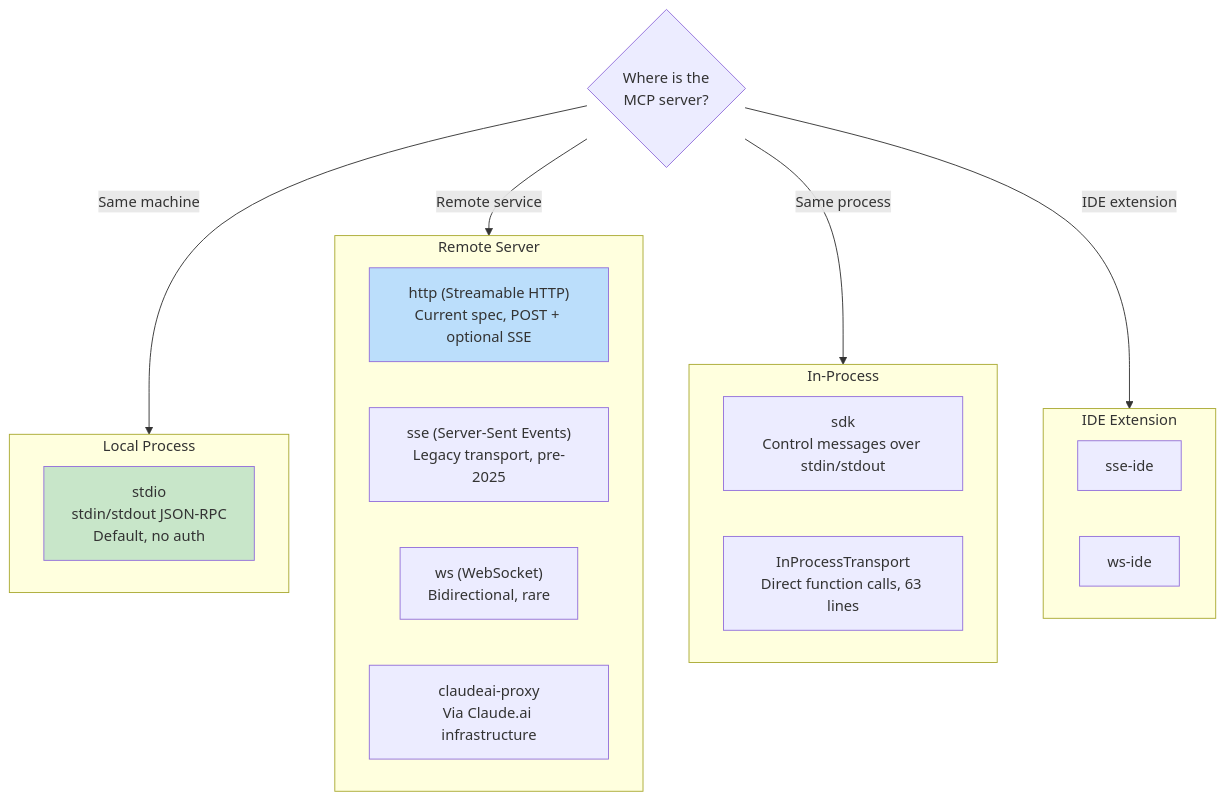
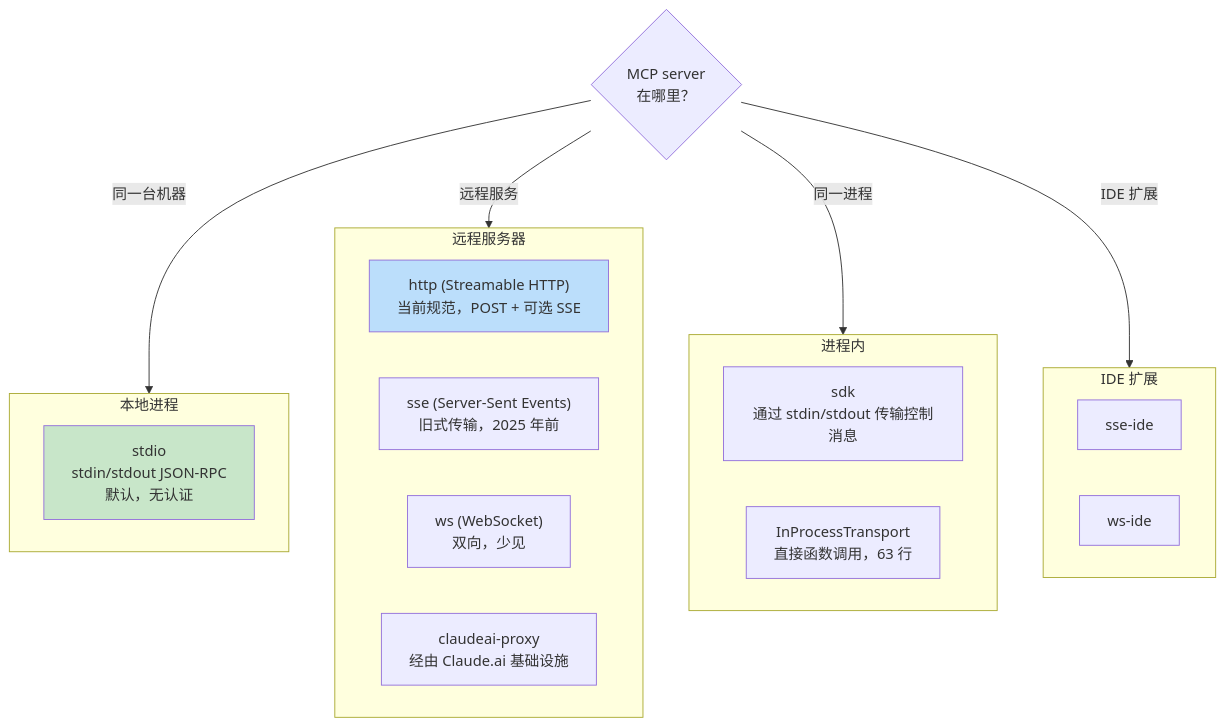
The first of 2 diagrams in book-zh/ch15-mcp.md (quanuanc/claude-code-from-source), drawn with Mermaid before and after one commit. The commit also changed other lines of this file and 1 other file, not shown here.

````diff
--- a/book-zh/ch15-mcp.md
+++ b/book-zh/ch15-mcp.md
@@ -24,32 +17,32 @@
 ```mermaid
 flowchart TD
-    Q{Where is the<br/>MCP server?}
-    Q -->|Same machine| LOCAL
-    Q -->|Remote service| REMOTE
-    Q -->|Same process| INPROC
-    Q -->|IDE extension| IDE
+    Q{MCP server<br/>在哪里？}
+    Q -->|同一台机器| LOCAL
+    Q -->|远程服务| REMOTE
+    Q -->|同一进程| INPROC
+    Q -->|IDE 扩展| IDE
 
-    subgraph LOCAL["Local Process"]
-        STDIO["stdio<br/>stdin/stdout JSON-RPC<br/>Default, no auth"]
+    subgraph LOCAL["本地进程"]
+        STDIO["stdio<br/>stdin/stdout JSON-RPC<br/>默认，无认证"]
     end
 
-    subgraph REMOTE["Remote Server"]
-        HTTP["http (Streamable HTTP)<br/>Current spec, POST + optional SSE"]
-        SSE["sse (Server-Sent Events)<br/>Legacy transport, pre-2025"]
-        WS["ws (WebSocket)<br/>Bidirectional, rare"]
-        PROXY["claudeai-proxy<br/>Via Claude.ai infrastructure"]
+    subgraph REMOTE["远程服务器"]
+        HTTP["http (Streamable HTTP)<br/>当前规范，POST + 可选 SSE"]
+        SSE["sse (Server-Sent Events)<br/>旧式传输，2025 年前"]
+        WS["ws (WebSocket)<br/>双向，少见"]
+        PROXY["claudeai-proxy<br/>经由 Claude.ai 基础设施"]
     end
 
-    subgraph INPROC["In-Process"]
-        SDK["sdk<br/>Control messages over stdin/stdout"]
-        LINKED["InProcessTransport<br/>Direct function calls, 63 lines"]
+    subgraph INPROC["进程内"]
+        SDK["sdk<br/>通过 stdin/stdout 传输控制消息"]
+        LINKED["InProcessTransport<br/>直接函数调用，63 行"]
     end
 
-    subgraph IDE["IDE Extension"]
+    subgraph IDE["IDE 扩展"]
         SSEIDE["sse-ide"]
         WSIDE["ws-ide"]
     end
 
     style STDIO fill:#c8e6c9
     style HTTP fill:#bbdefb
 ```
````
